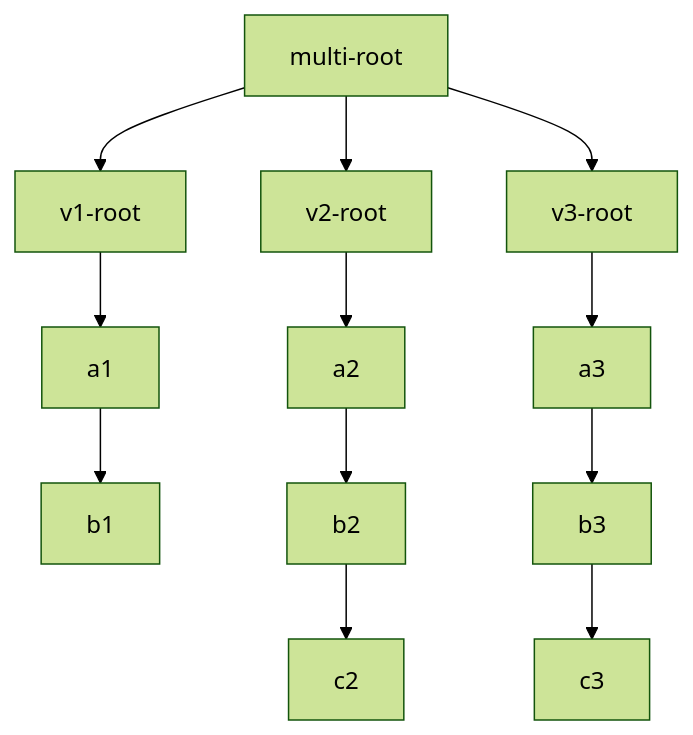
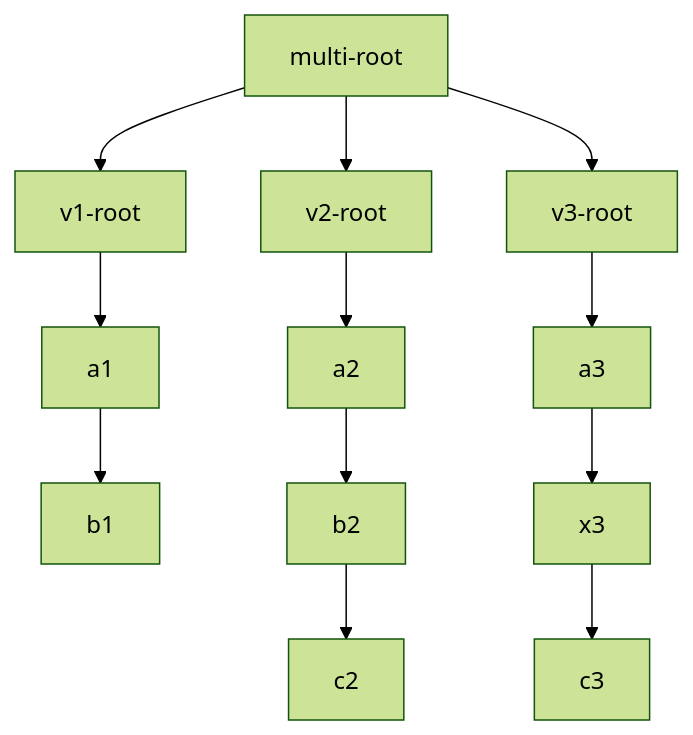
Before and after one commit to vedph/gve-doc: the second of 3 diagrams in export/export-tei.md, drawn with Mermaid (forest theme). The commit also changed other lines of this file, not shown here.

````diff
--- a/export/export-tei.md
+++ b/export/export-tei.md
@@ -46,18 +46,18 @@
 ```mermaid
 graph TB;
 
 multi-root --> v1-root
 multi-root --> v2-root
 multi-root --> v3-root
 
 v1-root --> a1
 a1 --> b1
 
 v2-root --> a2
 a2 --> b2
 b2 --> c2
 
 v3-root --> a3
-a3 --> b3
-b3 --> c3
+a3 --> x3
+x3 --> c3
 ```
````
